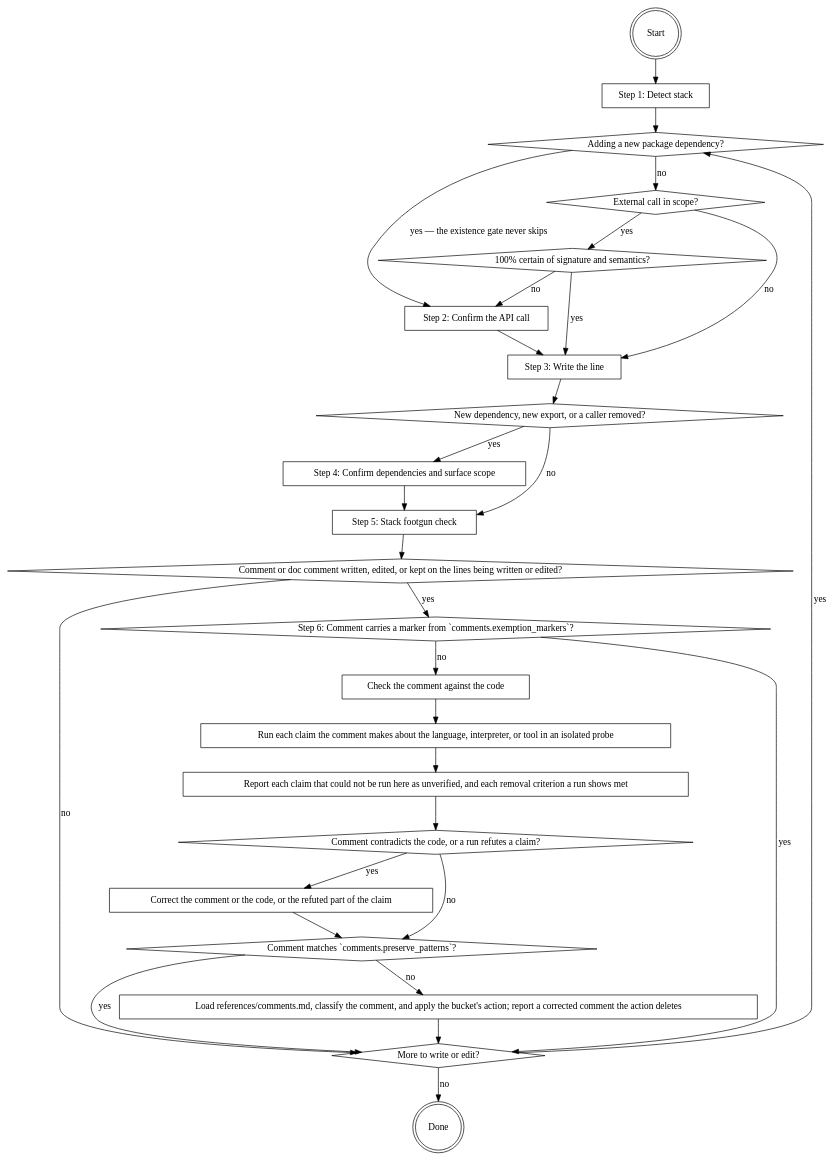
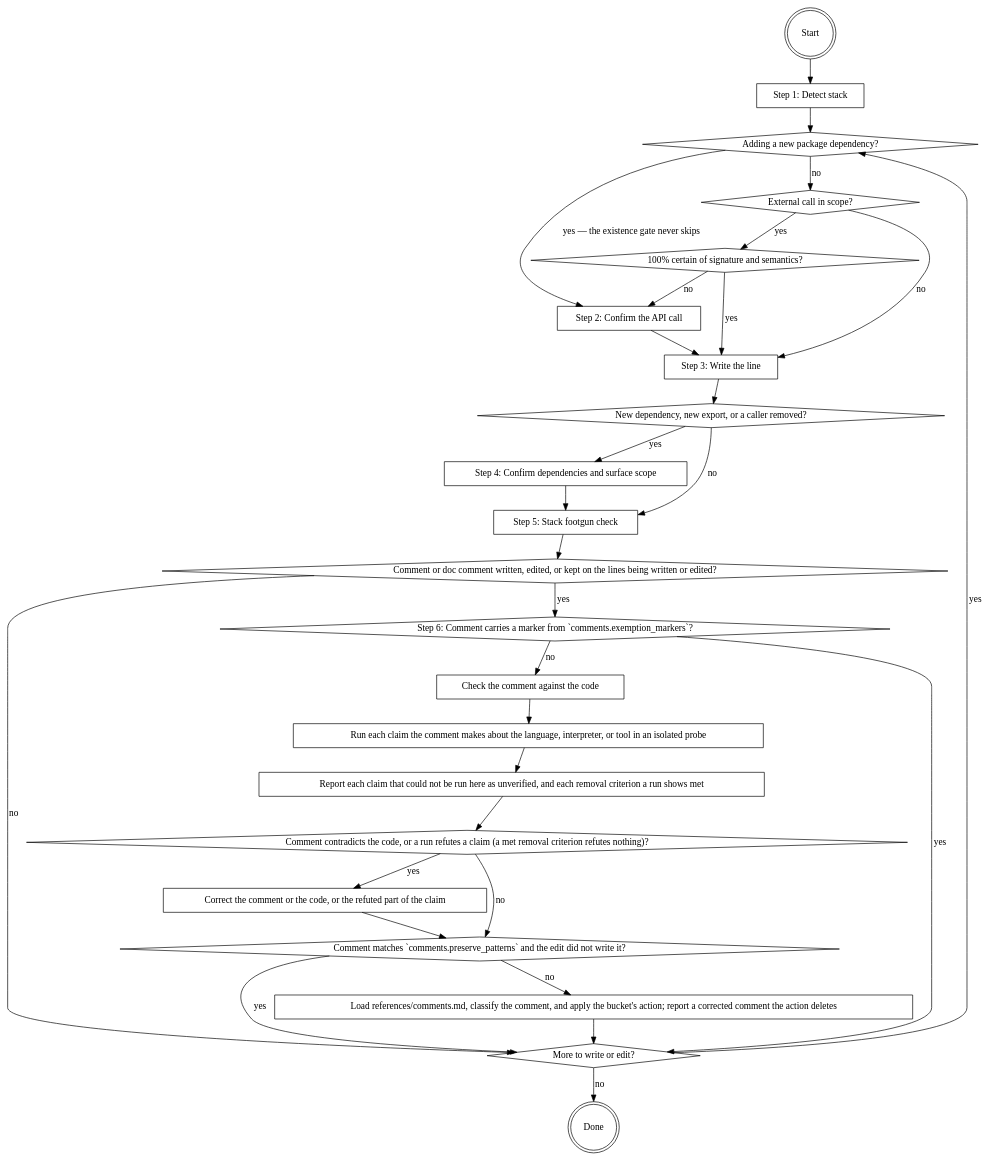
The diagram in plugins/software-writer/skills/writing-code/SKILL.md (it-bens/ai-tools), drawn with Graphviz before and after one commit. The commit also changed other lines of this file and 3 other files, not shown here.

````diff
--- a/plugins/software-writer/skills/writing-code/SKILL.md
+++ b/plugins/software-writer/skills/writing-code/SKILL.md
@@ -20,54 +20,54 @@
 ```dot
 digraph writing_code {
     "Start" [shape=doublecircle];
     "Step 1: Detect stack" [shape=box];
     "Adding a new package dependency?" [shape=diamond];
     "External call in scope?" [shape=diamond];
     "100% certain of signature and semantics?" [shape=diamond];
     "Step 2: Confirm the API call" [shape=box];
     "Step 3: Write the line" [shape=box];
     "New dependency, new export, or a caller removed?" [shape=diamond];
     "Step 4: Confirm dependencies and surface scope" [shape=box];
     "Step 5: Stack footgun check" [shape=box];
     "Comment or doc comment written, edited, or kept on the lines being written or edited?" [shape=diamond];
     "Step 6: Comment carries a marker from `comments.exemption_markers`?" [shape=diamond];
     "Check the comment against the code" [shape=box];
     "Run each claim the comment makes about the language, interpreter, or tool in an isolated probe" [shape=box];
     "Report each claim that could not be run here as unverified, and each removal criterion a run shows met" [shape=box];
-    "Comment contradicts the code, or a run refutes a claim?" [shape=diamond];
+    "Comment contradicts the code, or a run refutes a claim (a met removal criterion refutes nothing)?" [shape=diamond];
     "Correct the comment or the code, or the refuted part of the claim" [shape=box];
-    "Comment matches `comments.preserve_patterns`?" [shape=diamond];
+    "Comment matches `comments.preserve_patterns` and the edit did not write it?" [shape=diamond];
     "Load references/comments.md, classify the comment, and apply the bucket's action; report a corrected comment the action deletes" [shape=box];
     "More to write or edit?" [shape=diamond];
     "Done" [shape=doublecircle];
 
     "Start" -> "Step 1: Detect stack" -> "Adding a new package dependency?";
     "Adding a new package dependency?" -> "Step 2: Confirm the API call" [label="yes — the existence gate never skips"];
     "Adding a new package dependency?" -> "External call in scope?" [label="no"];
     "External call in scope?" -> "100% certain of signature and semantics?" [label="yes"];
     "External call in scope?" -> "Step 3: Write the line" [label="no"];
     "100% certain of signature and semantics?" -> "Step 3: Write the line" [label="yes"];
     "100% certain of signature and semantics?" -> "Step 2: Confirm the API call" [label="no"];
     "Step 2: Confirm the API call" -> "Step 3: Write the line";
     "Step 3: Write the line" -> "New dependency, new export, or a caller removed?";
     "New dependency, new export, or a caller removed?" -> "Step 4: Confirm dependencies and surface scope" [label="yes"];
     "New dependency, new export, or a caller removed?" -> "Step 5: Stack footgun check" [label="no"];
     "Step 4: Confirm dependencies and surface scope" -> "Step 5: Stack footgun check";
     "Step 5: Stack footgun check" -> "Comment or doc comment written, edited, or kept on the lines being written or edited?";
     "Comment or doc comment written, edited, or kept on the lines being written or edited?" -> "Step 6: Comment carries a marker from `comments.exemption_markers`?" [label="yes"];
     "Comment or doc comment written, edited, or kept on the lines being written or edited?" -> "More to write or edit?" [label="no"];
     "Step 6: Comment carries a marker from `comments.exemption_markers`?" -> "More to write or edit?" [label="yes"];
     "Step 6: Comment carries a marker from `comments.exemption_markers`?" -> "Check the comment against the code" [label="no"];
     "Check the comment against the code" -> "Run each claim the comment makes about the language, interpreter, or tool in an isolated probe";
     "Run each claim the comment makes about the language, interpreter, or tool in an isolated probe" -> "Report each claim that could not be run here as unverified, and each removal criterion a run shows met";
-    "Report each claim that could not be run here as unverified, and each removal criterion a run shows met" -> "Comment contradicts the code, or a run refutes a claim?";
-    "Comment contradicts the code, or a run refutes a claim?" -> "Correct the comment or the code, or the refuted part of the claim" [label="yes"];
-    "Comment contradicts the code, or a run refutes a claim?" -> "Comment matches `comments.preserve_patterns`?" [label="no"];
-    "Correct the comment or the code, or the refuted part of the claim" -> "Comment matches `comments.preserve_patterns`?";
-    "Comment matches `comments.preserve_patterns`?" -> "More to write or edit?" [label="yes"];
-    "Comment matches `comments.preserve_patterns`?" -> "Load references/comments.md, classify the comment, and apply the bucket's action; report a corrected comment the action deletes" [label="no"];
+    "Report each claim that could not be run here as unverified, and each removal criterion a run shows met" -> "Comment contradicts the code, or a run refutes a claim (a met removal criterion refutes nothing)?";
+    "Comment contradicts the code, or a run refutes a claim (a met removal criterion refutes nothing)?" -> "Correct the comment or the code, or the refuted part of the claim" [label="yes"];
+    "Comment contradicts the code, or a run refutes a claim (a met removal criterion refutes nothing)?" -> "Comment matches `comments.preserve_patterns` and the edit did not write it?" [label="no"];
+    "Correct the comment or the code, or the refuted part of the claim" -> "Comment matches `comments.preserve_patterns` and the edit did not write it?";
+    "Comment matches `comments.preserve_patterns` and the edit did not write it?" -> "More to write or edit?" [label="yes"];
+    "Comment matches `comments.preserve_patterns` and the edit did not write it?" -> "Load references/comments.md, classify the comment, and apply the bucket's action; report a corrected comment the action deletes" [label="no"];
     "Load references/comments.md, classify the comment, and apply the bucket's action; report a corrected comment the action deletes" -> "More to write or edit?";
     "More to write or edit?" -> "Adding a new package dependency?" [label="yes"];
     "More to write or edit?" -> "Done" [label="no"];
 }
 ```
````
